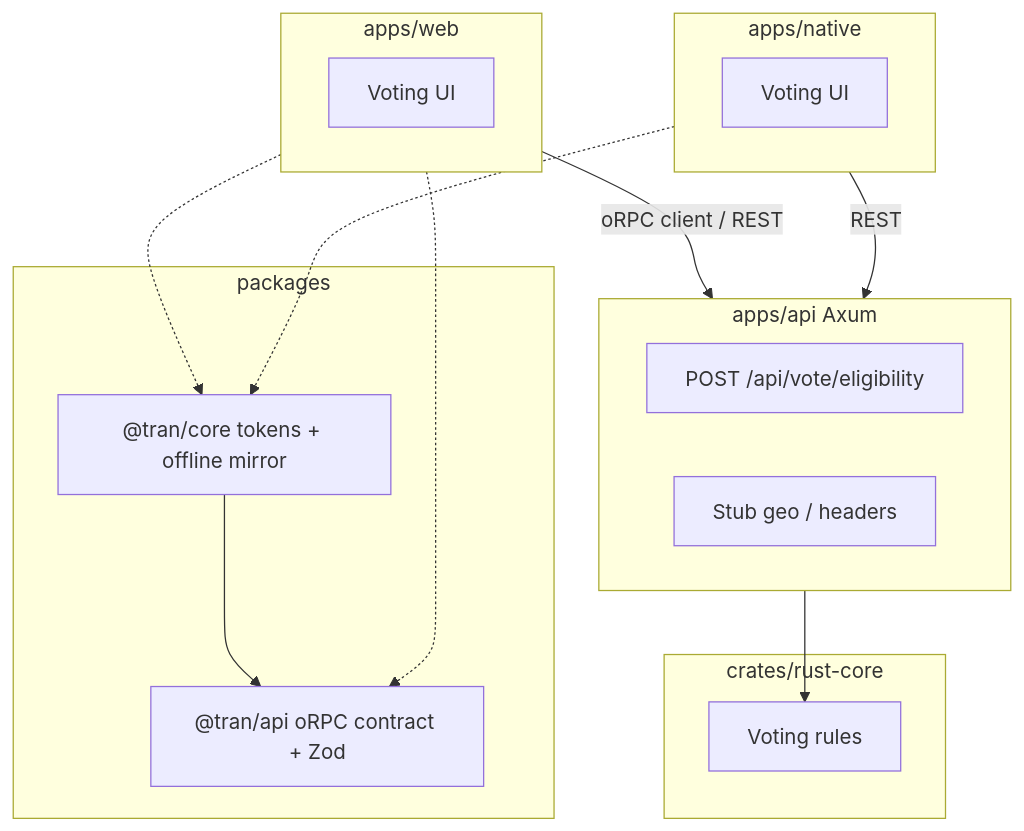
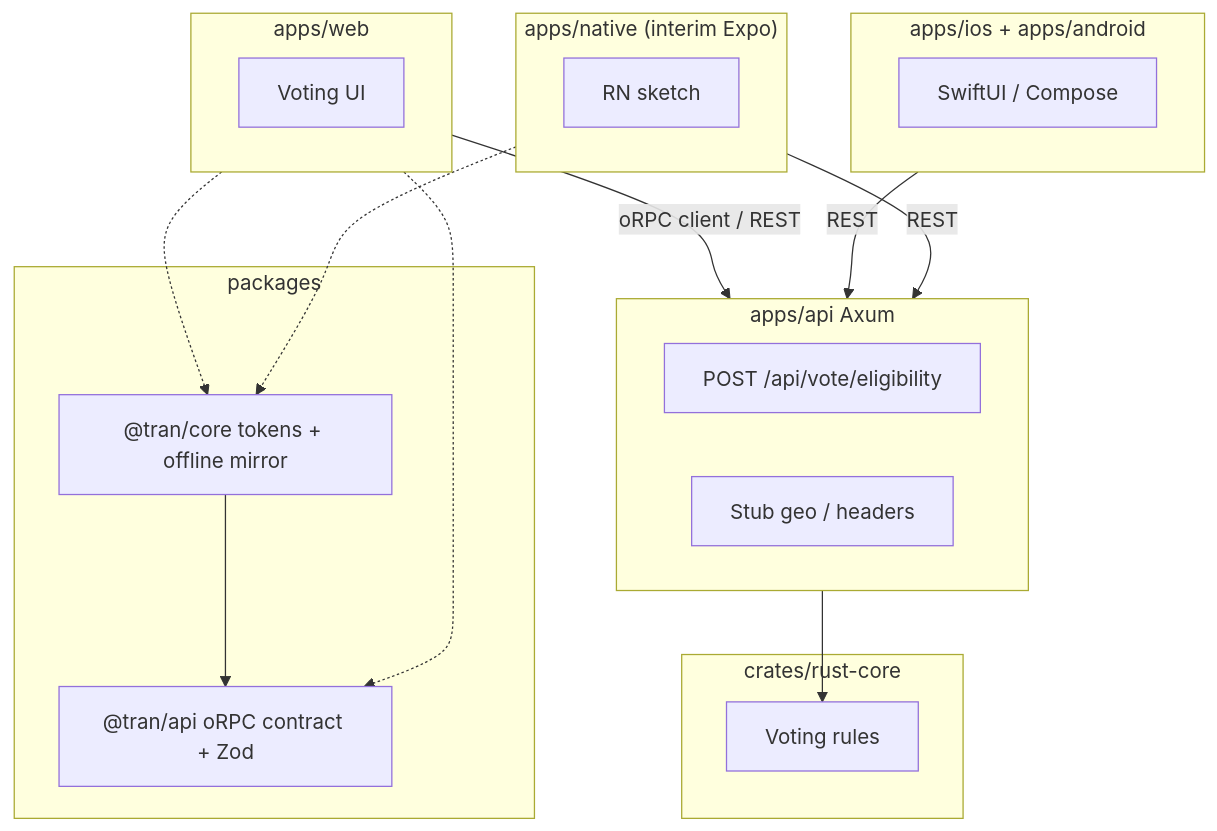
The diagram in README.md (bishalg/create-TRAN), drawn with Mermaid before and after one commit. The commit also changed other lines of this file and 31 other files, not shown here.

First line of the commit message:
docs(stack): define N as Swift/Kotlin; scaffold native apps

````diff
--- a/README.md
+++ b/README.md
@@ -74,28 +74,32 @@
 ```mermaid
 graph TD
     subgraph Web ["apps/web"]
         WUI[Voting UI]
     end
-    subgraph Mobile ["apps/native"]
-        NUI[Voting UI]
+    subgraph Mobile ["apps/ios + apps/android"]
+        NUI[SwiftUI / Compose]
+    end
+    subgraph LegacyRN ["apps/native (interim Expo)"]
+        RNUI[RN sketch]
     end
     subgraph Backend ["apps/api Axum"]
         VoteRoute["POST /api/vote/eligibility"]
         Geo[Stub geo / headers]
     end
     subgraph Core ["crates/rust-core"]
         Rules[Voting rules]
     end
     subgraph Shared ["packages"]
         CoreTS["@tran/core tokens + offline mirror"]
         APIPkg["@tran/api oRPC contract + Zod"]
     end
 
     Web -->|oRPC client / REST| Backend
     Mobile -->|REST| Backend
+    LegacyRN -->|REST| Backend
     Backend --> Rules
     Web -.-> CoreTS
-    Mobile -.-> CoreTS
+    LegacyRN -.-> CoreTS
     Web -.-> APIPkg
     CoreTS --> APIPkg
 ```
````
